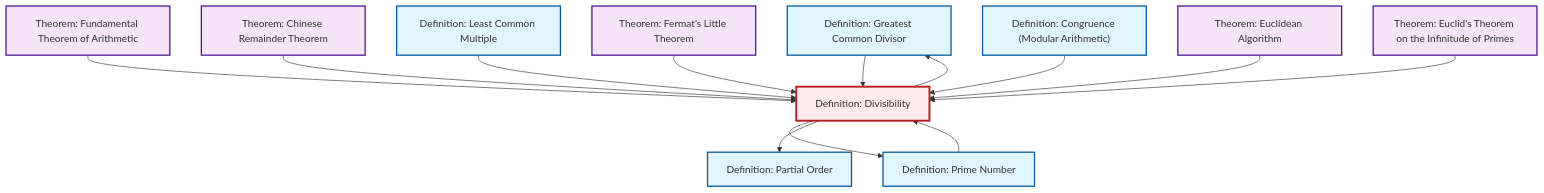
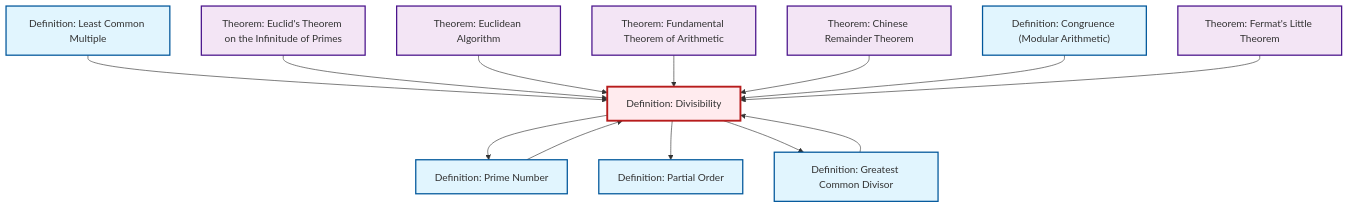
The diagram in content/en/number-theory/def-divisibility.qmd (RK0429/ModernMath), drawn with Mermaid before and after one commit. The commit also changed other lines of this file and 672 other files, not shown here.

````diff
--- a/content/en/number-theory/def-divisibility.qmd
+++ b/content/en/number-theory/def-divisibility.qmd
@@ -88,43 +88,43 @@
 ```{mermaid}
 %%| fig-cap: "Local dependency graph"
 graph TD
     classDef definition fill:#e1f5fe,stroke:#01579b,stroke-width:2px
     classDef theorem fill:#f3e5f5,stroke:#4a148c,stroke-width:2px
     classDef axiom fill:#fff3e0,stroke:#e65100,stroke-width:2px
     classDef example fill:#e8f5e9,stroke:#1b5e20,stroke-width:2px
     classDef current fill:#ffebee,stroke:#b71c1c,stroke-width:3px
+    thm-euclidean-algorithm["Theorem: Euclidean Algorithm"]:::theorem
+    def-lcm["Definition: Least Common Multiple"]:::definition
+    thm-fermat-little["Theorem: Fermat's Little Theorem"]:::theorem
+    thm-fundamental-arithmetic["Theorem: Fundamental Theorem of Arithmetic"]:::theorem
+    def-partial-order["Definition: Partial Order"]:::definition
+    thm-euclid-infinitude-primes["Theorem: Euclid's Theorem on the Infinitude of Primes"]:::theorem
+    def-congruence["Definition: Congruence (Modular Arithmetic)"]:::definition
+    def-prime["Definition: Prime Number"]:::definition
     def-gcd["Definition: Greatest Common Divisor"]:::definition
     thm-chinese-remainder["Theorem: Chinese Remainder Theorem"]:::theorem
-    def-congruence["Definition: Congruence (Modular Arithmetic)"]:::definition
-    def-lcm["Definition: Least Common Multiple"]:::definition
-    def-partial-order["Definition: Partial Order"]:::definition
-    thm-fundamental-arithmetic["Theorem: Fundamental Theorem of Arithmetic"]:::theorem
     def-divisibility["Definition: Divisibility"]:::definition
-    thm-euclid-infinitude-primes["Theorem: Euclid's Theorem on the Infinitude of Primes"]:::theorem
-    thm-euclidean-algorithm["Theorem: Euclidean Algorithm"]:::theorem
-    thm-fermat-little["Theorem: Fermat's Little Theorem"]:::theorem
-    def-prime["Definition: Prime Number"]:::definition
+    def-lcm --> def-divisibility
+    thm-euclid-infinitude-primes --> def-divisibility
+    def-divisibility --> def-prime
+    thm-euclidean-algorithm --> def-divisibility
+    def-prime --> def-divisibility
+    def-divisibility --> def-partial-order
     thm-fundamental-arithmetic --> def-divisibility
-    def-divisibility --> def-prime
+    thm-chinese-remainder --> def-divisibility
+    def-congruence --> def-divisibility
     def-divisibility --> def-gcd
-    thm-chinese-remainder --> def-divisibility
+    thm-fermat-little --> def-divisibility
     def-gcd --> def-divisibility
-    def-lcm --> def-divisibility
-    def-prime --> def-divisibility
-    thm-fermat-little --> def-divisibility
-    def-congruence --> def-divisibility
-    def-divisibility --> def-partial-order
-    thm-euclidean-algorithm --> def-divisibility
-    thm-euclid-infinitude-primes --> def-divisibility
     class def-divisibility current
+    click thm-euclidean-algorithm "thm-euclidean-algorithm.html" "Go to Euclidean Algorithm theorem"
+    click def-lcm "def-lcm.html" "Go to Least Common Multiple definition"
+    click thm-fermat-little "thm-fermat-little.html" "Go to Fermat's Little Theorem theorem"
+    click thm-fundamental-arithmetic "thm-fundamental-arithmetic.html" "Go to Fundamental Theorem of Arithmetic theorem"
+    click def-partial-order "def-partial-order.html" "Go to Partial Order definition"
+    click thm-euclid-infinitude-primes "thm-euclid-infinitude-primes.html" "Go to Euclid's Theorem on the Infinitude of Primes theorem"
+    click def-congruence "def-congruence.html" "Go to Congruence (Modular Arithmetic) definition"
+    click def-prime "def-prime.html" "Go to Prime Number definition"
     click def-gcd "def-gcd.html" "Go to Greatest Common Divisor definition"
     click thm-chinese-remainder "thm-chinese-remainder.html" "Go to Chinese Remainder Theorem theorem"
-    click def-congruence "def-congruence.html" "Go to Congruence (Modular Arithmetic) definition"
-    click def-lcm "def-lcm.html" "Go to Least Common Multiple definition"
-    click def-partial-order "def-partial-order.html" "Go to Partial Order definition"
-    click thm-fundamental-arithmetic "thm-fundamental-arithmetic.html" "Go to Fundamental Theorem of Arithmetic theorem"
-    click thm-euclid-infinitude-primes "thm-euclid-infinitude-primes.html" "Go to Euclid's Theorem on the Infinitude of Primes theorem"
-    click thm-euclidean-algorithm "thm-euclidean-algorithm.html" "Go to Euclidean Algorithm theorem"
-    click thm-fermat-little "thm-fermat-little.html" "Go to Fermat's Little Theorem theorem"
-    click def-prime "def-prime.html" "Go to Prime Number definition"
 ```
````
